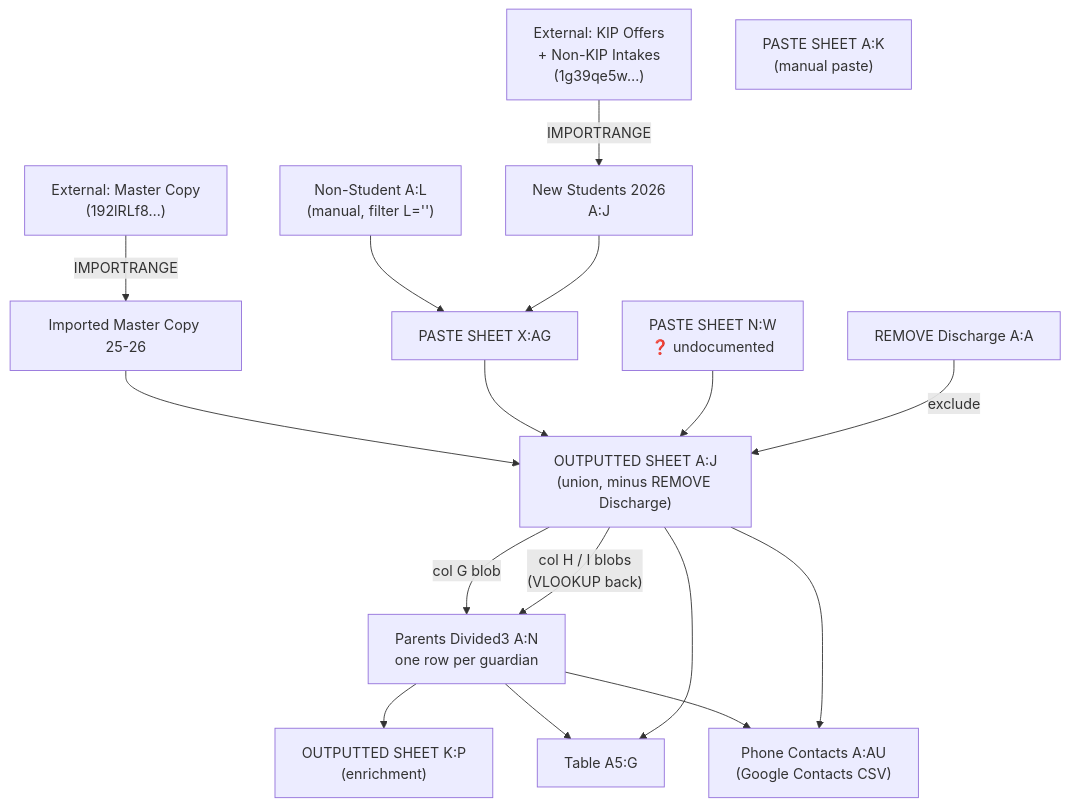
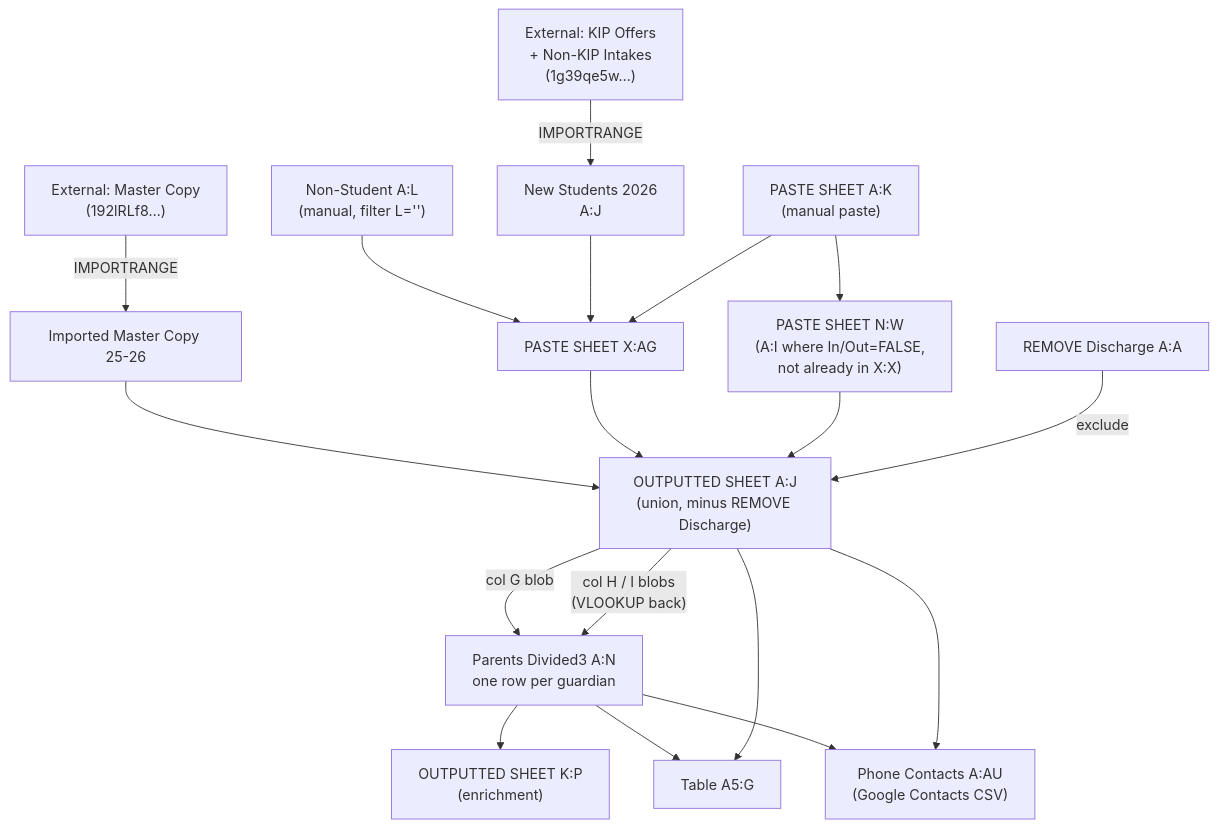
One commit to jskeller29/Discharged-KIP changed the diagram in docs/sheet-architecture.md. Above: the diagram before and after it, drawn with Mermaid. The commit also changed other lines of this file, not shown here.

First line of the commit message:
Refresh resolved items in the architecture inventory

````diff
--- a/docs/sheet-architecture.md
+++ b/docs/sheet-architecture.md
@@ -13,28 +13,29 @@
 ```mermaid
 flowchart TD
     EXT1["External: KIP Offers<br/>+ Non-KIP Intakes<br/>(1g39qe5w…)"]
     EXT2["External: Master Copy<br/>(192lRLf8…)"]
 
     EXT1 -->|IMPORTRANGE| NS["New Students 2026<br/>A:J"]
     EXT2 -->|IMPORTRANGE| IMC["Imported Master Copy 25-26"]
 
     NONSTU["Non-Student A:L<br/>(manual, filter L='')"] --> PSX
     NS --> PSX["PASTE SHEET X:AG"]
 
-    PSA["PASTE SHEET A:K<br/>(manual paste)"]
-    PSN["PASTE SHEET N:W<br/>❓ undocumented"]
+    PSA["PASTE SHEET A:K<br/>(manual paste)"] --> PSN
+    PSA --> PSX
+    PSN["PASTE SHEET N:W<br/>(A:I where In/Out=FALSE,<br/>not already in X:X)"]
 
     IMC --> OUT["OUTPUTTED SHEET A:J<br/>(union, minus REMOVE Discharge)"]
     PSX --> OUT
     PSN --> OUT
     REM["REMOVE Discharge A:A"] -->|exclude| OUT
 
     OUT -->|"col G blob"| PD["Parents Divided3 A:N<br/>one row per guardian"]
     OUT -->|"col H / I blobs<br/>(VLOOKUP back)"| PD
 
     PD --> OUTK["OUTPUTTED SHEET K:P<br/>(enrichment)"]
     PD --> TBL["Table A5:G"]
     PD --> PHC["Phone Contacts A:AU<br/>(Google Contacts CSV)"]
     OUT --> TBL
     OUT --> PHC
 ```
````
